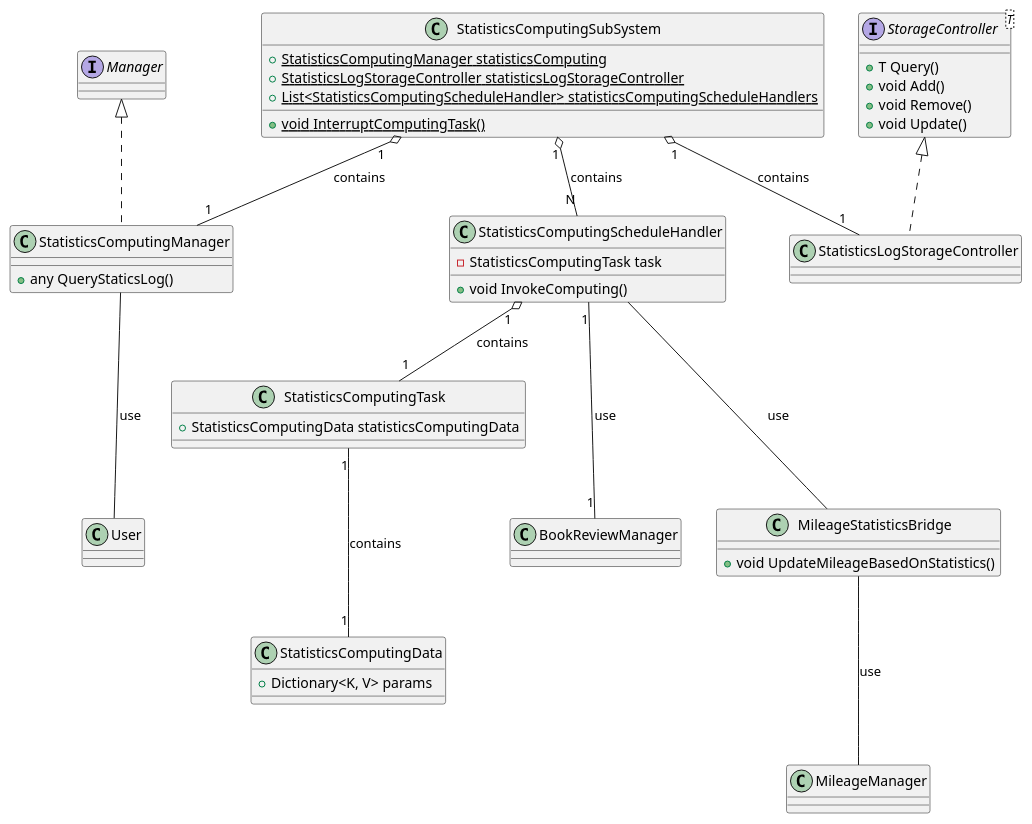
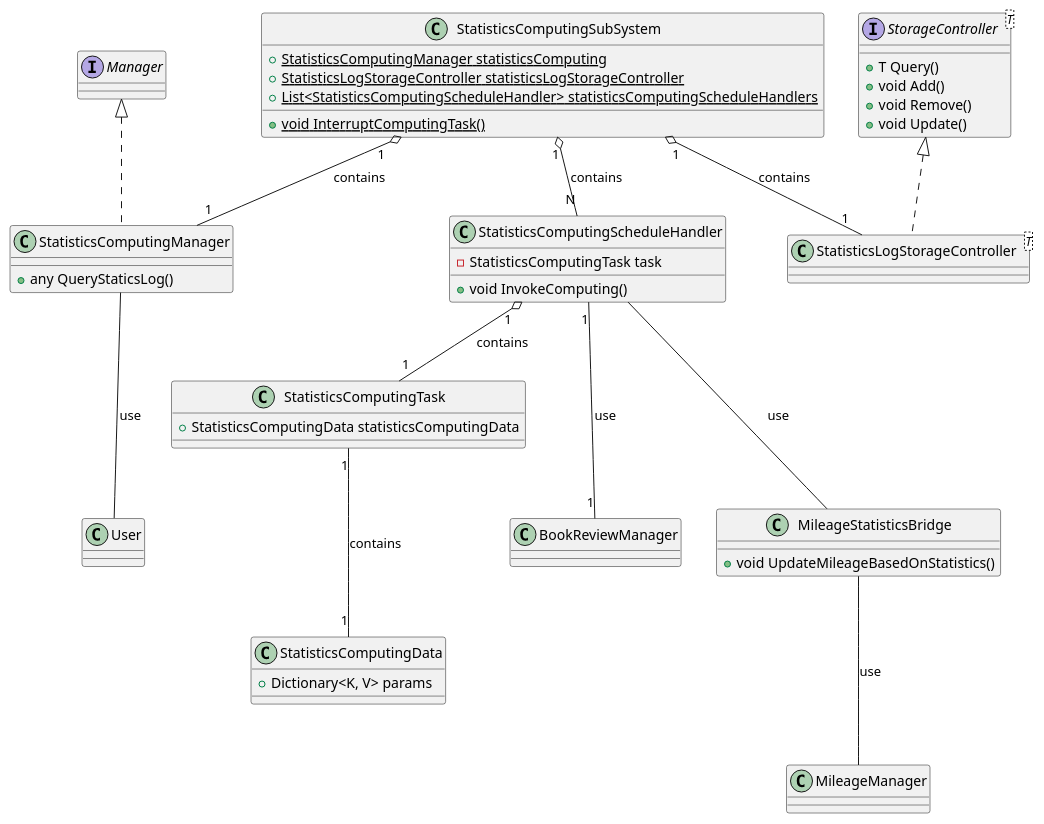
Before and after one commit to ShapeLayer/se-lecture-task__project-structure-definitions: the diagram in src/Statistics.puml, drawn with PlantUML. The commit also changed 15 other files, not shown here.

```diff
--- a/src/Statistics.puml
+++ b/src/Statistics.puml
@@ -1,59 +1,59 @@
 @startuml
 Interface Manager
 Interface StorageController<T> {
     + T Query()
     + void Add()
     + void Remove()
     + void Update()
 }
 
 ' MileageChangeBridge
 class MileageStatisticsBridge {
     + void UpdateMileageBasedOnStatistics()
 }
 MileageStatisticsBridge --- MileageManager : use
 
 ' Statistics
 
 class StatisticsComputingData {
     + Dictionary<K, V> params
 }
 
 class StatisticsComputingTask {
     + StatisticsComputingData statisticsComputingData
 }
 
 StatisticsComputingTask "1" --- "1" StatisticsComputingData : contains
 
 class StatisticsComputingManager implements Manager {
     + any QueryStaticsLog()
 }
 
 StatisticsComputingManager --- User : use
 
 ' Todo: StatisticsLog
 
-class StatisticsLogStorageController implements StorageController {}
+class StatisticsLogStorageController<T> implements StorageController {}
 
 class StatisticsComputingScheduleHandler {
     - StatisticsComputingTask task
     + void InvokeComputing()
 }
 
 StatisticsComputingScheduleHandler "1" --- "1" BookReviewManager : use
 StatisticsComputingScheduleHandler "1" o-- "1" StatisticsComputingTask : contains
 StatisticsComputingScheduleHandler --- MileageStatisticsBridge : use
 
 ' StatisticsComputing SubSystem
 class StatisticsComputingSubSystem {
     + {static} StatisticsComputingManager statisticsComputing
     + {static} StatisticsLogStorageController statisticsLogStorageController
     + {static} List<StatisticsComputingScheduleHandler> statisticsComputingScheduleHandlers
     + {static} void InterruptComputingTask()
 }
 
 StatisticsComputingSubSystem "1" o-- "1" StatisticsComputingManager : contains
 StatisticsComputingSubSystem "1" o-- "1" StatisticsLogStorageController : contains
 StatisticsComputingSubSystem "1" o-- "N" StatisticsComputingScheduleHandler : contains
 
 @enduml
```
